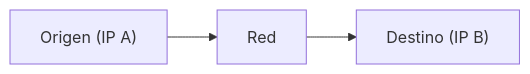
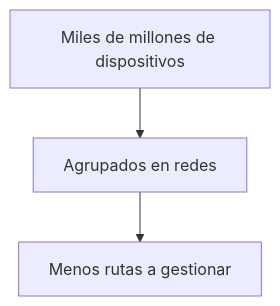
Before and after one commit to Oscar-Poski/heka-it: diagram 12 of 12 in src/content/lessons/fundamentos-it/redes-desde-cero/intro-ip/01-intro-ip.md, drawn with Mermaid. The commit also changed other lines of this file and 63 other files, not shown here.

````diff
--- a/src/content/lessons/fundamentos-it/redes-desde-cero/intro-ip/01-intro-ip.md
+++ b/src/content/lessons/fundamentos-it/redes-desde-cero/intro-ip/01-intro-ip.md
@@ -98,4 +275,6 @@
 ```mermaid
-flowchart LR
-  A["Origen (IP A)"] --> B["Red"] --> C["Destino (IP B)"]
+flowchart TD
+    A[Miles de millones de dispositivos]
+    A --> B[Agrupados en redes]
+    B --> C[Menos rutas a gestionar]
 ```
````
